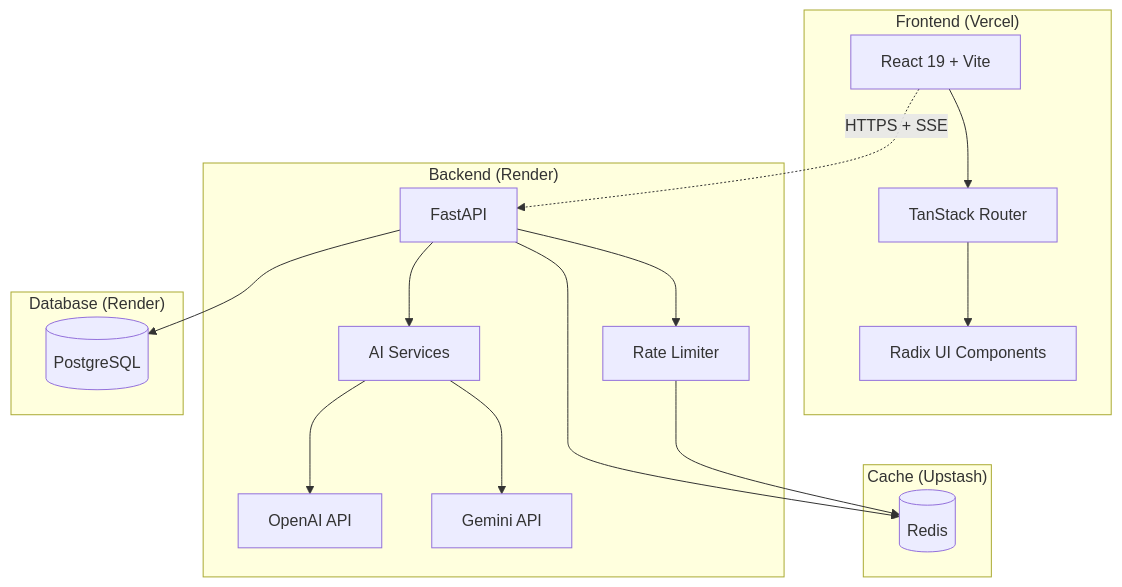
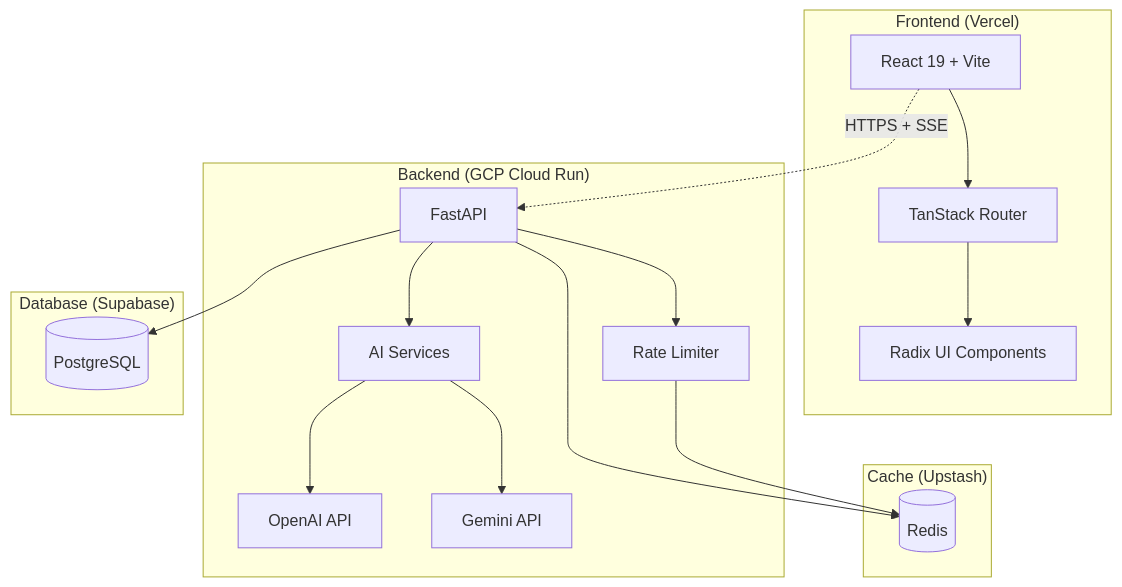
The diagram in README.md (oneraner/aiApp), drawn with Mermaid before and after one commit. The commit also changed other lines of this file and 6 other files, not shown here.

Commit message:
feat(gcp): migrate to Cloud Run, switch to Supabase, fix SSE encoding & connection issues

````diff
--- a/README.md
+++ b/README.md
@@ -62,27 +62,27 @@
 ```mermaid
 graph TB
     subgraph "Frontend (Vercel)"
         A[React 19 + Vite] --> B[TanStack Router]
         B --> C[Radix UI Components]
     end
     
-    subgraph "Backend (Render)"
+    subgraph "Backend (GCP Cloud Run)"
         D[FastAPI] --> E[AI Services]
         E --> F[OpenAI API]
         E --> G[Gemini API]
         D --> H[Rate Limiter]
     end
     
-    subgraph "Database (Render)"
+    subgraph "Database (Supabase)"
         I[(PostgreSQL)]
     end
     
     subgraph "Cache (Upstash)"
         J[(Redis)]
     end
     
     A -.->|HTTPS + SSE| D
     D --> I
     D --> J
     H --> J
 ```
````
